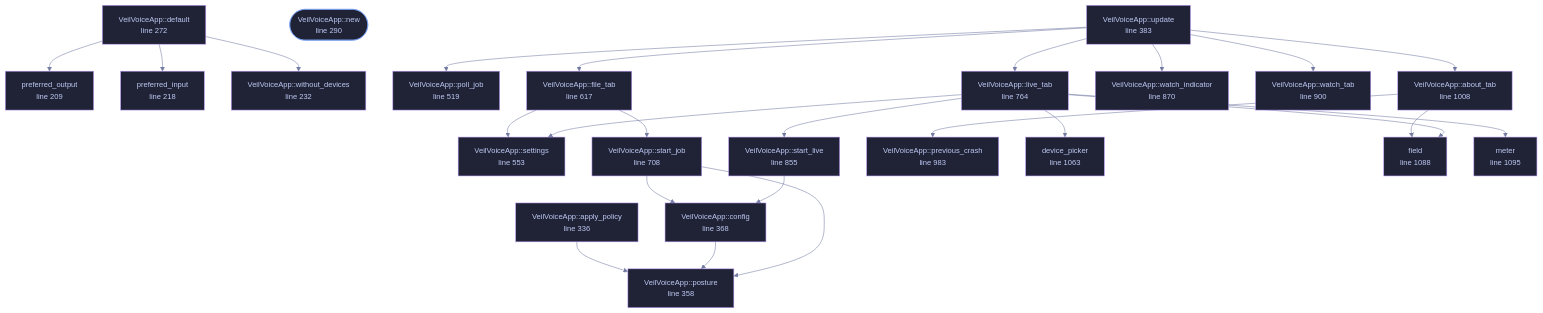
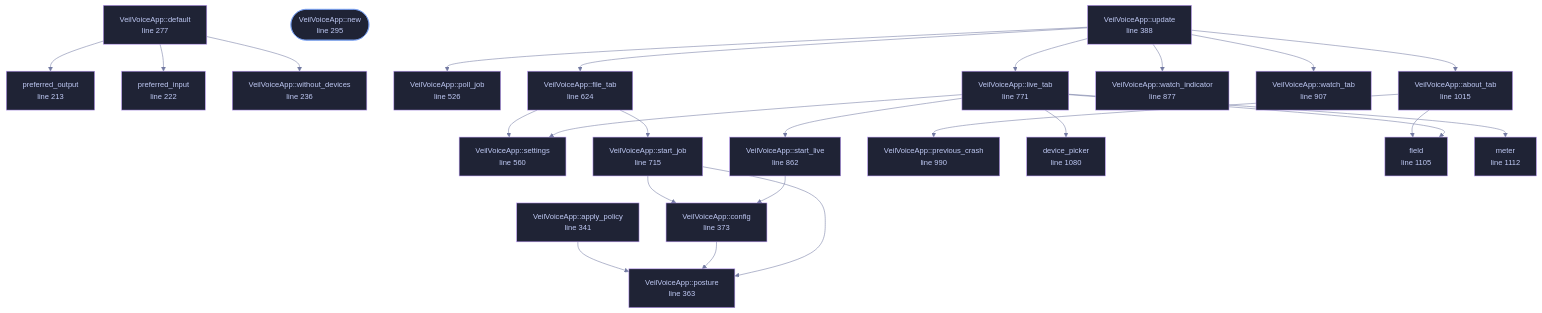
Before and after one commit to tilas01/veilvoice: the diagram in docs/files/veilvoice-gui/app.md, drawn with Mermaid. The commit also changed other lines of this file and 34 other files, not shown here.

````diff
--- a/docs/files/veilvoice-gui/app.md
+++ b/docs/files/veilvoice-gui/app.md
@@ -162,75 +162,75 @@
 ```mermaid
 %%{init: {"theme":"base","themeVariables":{"background":"#1a1b26","primaryColor":"#1f2335","primaryTextColor":"#c0caf5","primaryBorderColor":"#7aa2f7","secondaryColor":"#16161e","tertiaryColor":"#16161e","lineColor":"#737aa2","textColor":"#c0caf5","mainBkg":"#1f2335","nodeBorder":"#7aa2f7","clusterBkg":"#16161e","clusterBorder":"#2f3549","fontFamily":"ui-monospace, SFMono-Regular, Consolas, monospace","fontSize":"14px"}}}%%
 flowchart TD
-    n_preferred_output["preferred_output<br/>line 209"]
-    n_preferred_input["preferred_input<br/>line 218"]
-    n_without_devices["VeilVoiceApp::without_devices<br/>line 232"]
-    n_default["VeilVoiceApp::default<br/>line 272"]
-    n_new(["VeilVoiceApp::new<br/>line 290"])
-    n_apply_policy["VeilVoiceApp::apply_policy<br/>line 336"]
-    n_posture["VeilVoiceApp::posture<br/>line 358"]
-    n_config["VeilVoiceApp::config<br/>line 368"]
-    n_update["VeilVoiceApp::update<br/>line 383"]
-    n_poll_job["VeilVoiceApp::poll_job<br/>line 519"]
-    n_settings["VeilVoiceApp::settings<br/>line 553"]
-    n_file_tab["VeilVoiceApp::file_tab<br/>line 617"]
-    n_start_job["VeilVoiceApp::start_job<br/>line 708"]
-    n_live_tab["VeilVoiceApp::live_tab<br/>line 764"]
-    n_start_live["VeilVoiceApp::start_live<br/>line 855"]
-    n_watch_indicator["VeilVoiceApp::watch_indicator<br/>line 870"]
-    n_watch_tab["VeilVoiceApp::watch_tab<br/>line 900"]
-    n_previous_crash["VeilVoiceApp::previous_crash<br/>line 983"]
-    n_about_tab["VeilVoiceApp::about_tab<br/>line 1008"]
-    n_device_picker["device_picker<br/>line 1063"]
-    n_field["field<br/>line 1088"]
-    n_meter["meter<br/>line 1095"]
+    n_preferred_output["preferred_output<br/>line 213"]
+    n_preferred_input["preferred_input<br/>line 222"]
+    n_without_devices["VeilVoiceApp::without_devices<br/>line 236"]
+    n_default["VeilVoiceApp::default<br/>line 277"]
+    n_new(["VeilVoiceApp::new<br/>line 295"])
+    n_apply_policy["VeilVoiceApp::apply_policy<br/>line 341"]
+    n_posture["VeilVoiceApp::posture<br/>line 363"]
+    n_config["VeilVoiceApp::config<br/>line 373"]
+    n_update["VeilVoiceApp::update<br/>line 388"]
+    n_poll_job["VeilVoiceApp::poll_job<br/>line 526"]
+    n_settings["VeilVoiceApp::settings<br/>line 560"]
+    n_file_tab["VeilVoiceApp::file_tab<br/>line 624"]
+    n_start_job["VeilVoiceApp::start_job<br/>line 715"]
+    n_live_tab["VeilVoiceApp::live_tab<br/>line 771"]
+    n_start_live["VeilVoiceApp::start_live<br/>line 862"]
+    n_watch_indicator["VeilVoiceApp::watch_indicator<br/>line 877"]
+    n_watch_tab["VeilVoiceApp::watch_tab<br/>line 907"]
+    n_previous_crash["VeilVoiceApp::previous_crash<br/>line 990"]
+    n_about_tab["VeilVoiceApp::about_tab<br/>line 1015"]
+    n_device_picker["device_picker<br/>line 1080"]
+    n_field["field<br/>line 1105"]
+    n_meter["meter<br/>line 1112"]
     n_about_tab --> n_field
     n_about_tab --> n_previous_crash
     n_apply_policy --> n_posture
     n_config --> n_posture
     n_default --> n_preferred_input
     n_default --> n_preferred_output
     n_default --> n_without_devices
     n_file_tab --> n_settings
     n_file_tab --> n_start_job
     n_live_tab --> n_device_picker
     n_live_tab --> n_field
     n_live_tab --> n_meter
     n_live_tab --> n_settings
     n_live_tab --> n_start_live
     n_start_job --> n_config
     n_start_job --> n_posture
     n_start_live --> n_config
     n_update --> n_about_tab
     n_update --> n_file_tab
     n_update --> n_live_tab
     n_update --> n_poll_job
     n_update --> n_watch_indicator
     n_update --> n_watch_tab
-    click n_preferred_output href "https://github.com/tilas01/veilvoice/blob/main/crates/veilvoice-gui/src/app.rs#L209" "open the source"
-    click n_preferred_input href "https://github.com/tilas01/veilvoice/blob/main/crates/veilvoice-gui/src/app.rs#L218" "open the source"
-    click n_without_devices href "https://github.com/tilas01/veilvoice/blob/main/crates/veilvoice-gui/src/app.rs#L232" "open the source"
-    click n_default href "https://github.com/tilas01/veilvoice/blob/main/crates/veilvoice-gui/src/app.rs#L272" "open the source"
-    click n_new href "https://github.com/tilas01/veilvoice/blob/main/crates/veilvoice-gui/src/app.rs#L290" "open the source"
-    click n_apply_policy href "https://github.com/tilas01/veilvoice/blob/main/crates/veilvoice-gui/src/app.rs#L336" "open the source"
-    click n_posture href "https://github.com/tilas01/veilvoice/blob/main/crates/veilvoice-gui/src/app.rs#L358" "open the source"
-    click n_config href "https://github.com/tilas01/veilvoice/blob/main/crates/veilvoice-gui/src/app.rs#L368" "open the source"
-    click n_update href "https://github.com/tilas01/veilvoice/blob/main/crates/veilvoice-gui/src/app.rs#L383" "open the source"
-    click n_poll_job href "https://github.com/tilas01/veilvoice/blob/main/crates/veilvoice-gui/src/app.rs#L519" "open the source"
-    click n_settings href "https://github.com/tilas01/veilvoice/blob/main/crates/veilvoice-gui/src/app.rs#L553" "open the source"
-    click n_file_tab href "https://github.com/tilas01/veilvoice/blob/main/crates/veilvoice-gui/src/app.rs#L617" "open the source"
-    click n_start_job href "https://github.com/tilas01/veilvoice/blob/main/crates/veilvoice-gui/src/app.rs#L708" "open the source"
-    click n_live_tab href "https://github.com/tilas01/veilvoice/blob/main/crates/veilvoice-gui/src/app.rs#L764" "open the source"
-    click n_start_live href "https://github.com/tilas01/veilvoice/blob/main/crates/veilvoice-gui/src/app.rs#L855" "open the source"
-    click n_watch_indicator href "https://github.com/tilas01/veilvoice/blob/main/crates/veilvoice-gui/src/app.rs#L870" "open the source"
-    click n_watch_tab href "https://github.com/tilas01/veilvoice/blob/main/crates/veilvoice-gui/src/app.rs#L900" "open the source"
-    click n_previous_crash href "https://github.com/tilas01/veilvoice/blob/main/crates/veilvoice-gui/src/app.rs#L983" "open the source"
-    click n_about_tab href "https://github.com/tilas01/veilvoice/blob/main/crates/veilvoice-gui/src/app.rs#L1008" "open the source"
-    click n_device_picker href "https://github.com/tilas01/veilvoice/blob/main/crates/veilvoice-gui/src/app.rs#L1063" "open the source"
-    click n_field href "https://github.com/tilas01/veilvoice/blob/main/crates/veilvoice-gui/src/app.rs#L1088" "open the source"
-    click n_meter href "https://github.com/tilas01/veilvoice/blob/main/crates/veilvoice-gui/src/app.rs#L1095" "open the source"
+    click n_preferred_output href "https://github.com/tilas01/veilvoice/blob/main/crates/veilvoice-gui/src/app.rs#L213" "open the source"
+    click n_preferred_input href "https://github.com/tilas01/veilvoice/blob/main/crates/veilvoice-gui/src/app.rs#L222" "open the source"
+    click n_without_devices href "https://github.com/tilas01/veilvoice/blob/main/crates/veilvoice-gui/src/app.rs#L236" "open the source"
+    click n_default href "https://github.com/tilas01/veilvoice/blob/main/crates/veilvoice-gui/src/app.rs#L277" "open the source"
+    click n_new href "https://github.com/tilas01/veilvoice/blob/main/crates/veilvoice-gui/src/app.rs#L295" "open the source"
+    click n_apply_policy href "https://github.com/tilas01/veilvoice/blob/main/crates/veilvoice-gui/src/app.rs#L341" "open the source"
+    click n_posture href "https://github.com/tilas01/veilvoice/blob/main/crates/veilvoice-gui/src/app.rs#L363" "open the source"
+    click n_config href "https://github.com/tilas01/veilvoice/blob/main/crates/veilvoice-gui/src/app.rs#L373" "open the source"
+    click n_update href "https://github.com/tilas01/veilvoice/blob/main/crates/veilvoice-gui/src/app.rs#L388" "open the source"
+    click n_poll_job href "https://github.com/tilas01/veilvoice/blob/main/crates/veilvoice-gui/src/app.rs#L526" "open the source"
+    click n_settings href "https://github.com/tilas01/veilvoice/blob/main/crates/veilvoice-gui/src/app.rs#L560" "open the source"
+    click n_file_tab href "https://github.com/tilas01/veilvoice/blob/main/crates/veilvoice-gui/src/app.rs#L624" "open the source"
+    click n_start_job href "https://github.com/tilas01/veilvoice/blob/main/crates/veilvoice-gui/src/app.rs#L715" "open the source"
+    click n_live_tab href "https://github.com/tilas01/veilvoice/blob/main/crates/veilvoice-gui/src/app.rs#L771" "open the source"
+    click n_start_live href "https://github.com/tilas01/veilvoice/blob/main/crates/veilvoice-gui/src/app.rs#L862" "open the source"
+    click n_watch_indicator href "https://github.com/tilas01/veilvoice/blob/main/crates/veilvoice-gui/src/app.rs#L877" "open the source"
+    click n_watch_tab href "https://github.com/tilas01/veilvoice/blob/main/crates/veilvoice-gui/src/app.rs#L907" "open the source"
+    click n_previous_crash href "https://github.com/tilas01/veilvoice/blob/main/crates/veilvoice-gui/src/app.rs#L990" "open the source"
+    click n_about_tab href "https://github.com/tilas01/veilvoice/blob/main/crates/veilvoice-gui/src/app.rs#L1015" "open the source"
+    click n_device_picker href "https://github.com/tilas01/veilvoice/blob/main/crates/veilvoice-gui/src/app.rs#L1080" "open the source"
+    click n_field href "https://github.com/tilas01/veilvoice/blob/main/crates/veilvoice-gui/src/app.rs#L1105" "open the source"
+    click n_meter href "https://github.com/tilas01/veilvoice/blob/main/crates/veilvoice-gui/src/app.rs#L1112" "open the source"
     classDef entry fill:#1f2335,stroke:#7aa2f7,color:#c0caf5
     class n_new entry
     classDef helper fill:#1f2335,stroke:#bb9af7,color:#c0caf5
     class n_preferred_output,n_preferred_input,n_without_devices,n_default,n_apply_policy,n_posture,n_config,n_update,n_poll_job,n_settings,n_file_tab,n_start_job,n_live_tab,n_start_live,n_watch_indicator,n_watch_tab,n_previous_crash,n_about_tab,n_device_picker,n_field,n_meter helper
 ```
````
